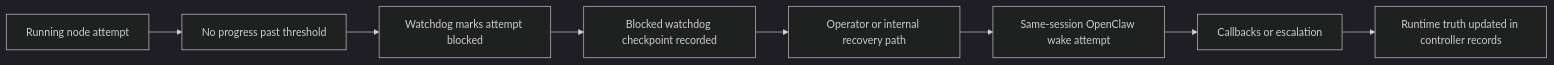
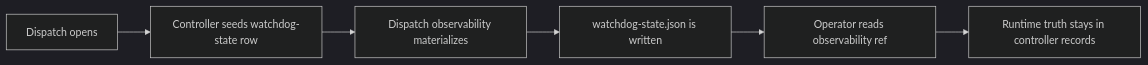
The diagram in docs/current/architecture/watchdog-and-openclaw-bridge.md (ringlochid/AutoClaw), drawn with Mermaid (dark theme) before and after one commit. The commit also changed other lines of this file and 175 other files, not shown here.

````diff
--- a/docs/current/architecture/watchdog-and-openclaw-bridge.md
+++ b/docs/current/architecture/watchdog-and-openclaw-bridge.md
@@ -11,10 +17,8 @@
 ```mermaid
 flowchart LR
-    A[Running node attempt] --> B[No progress past threshold]
-    B --> C[Watchdog marks attempt blocked]
-    C --> D[Blocked watchdog checkpoint recorded]
-    D --> E[Operator or internal recovery path]
-    E --> F[Same-session OpenClaw wake attempt]
-    F --> G[Callbacks or escalation]
-    G --> H[Runtime truth updated in controller records]
+    A[Dispatch opens] --> B[Controller seeds watchdog-state row]
+    B --> C[Dispatch observability materializes]
+    C --> D[watchdog-state.json is written]
+    D --> E[Operator reads observability ref]
+    E --> F[Runtime truth stays in controller records]
 ```
````
